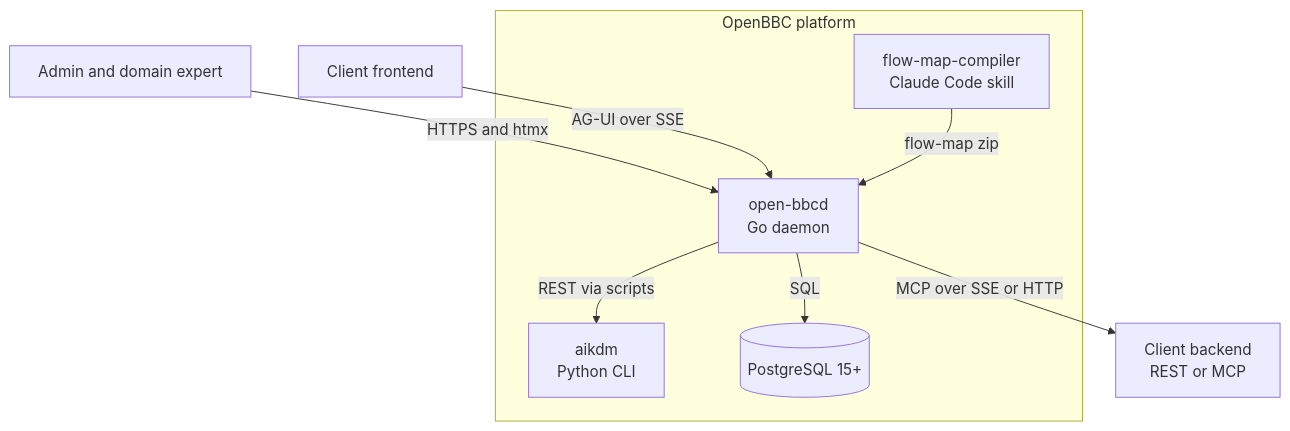
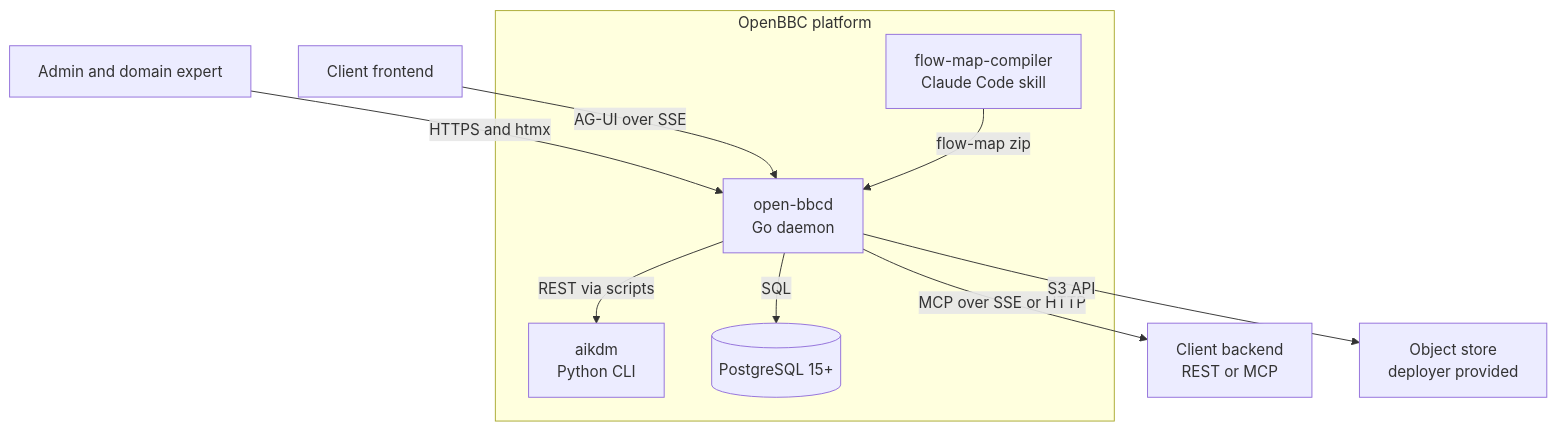
One commit to DACdigital/openbbc-docs changed the diagram in docs/architecture/current/README.md. Above: the diagram before and after it, drawn with Mermaid. The commit also changed other lines of this file and 18 other files, not shown here.

````diff
--- a/docs/architecture/current/README.md
+++ b/docs/architecture/current/README.md
@@ -5,20 +5,22 @@
 ```mermaid
 flowchart TB
     Client[Client frontend]
     Admin[Admin and domain expert]
     Backend[Client backend<br/>REST or MCP]
+    ObjStore[Object store<br/>deployer provided]
 
     subgraph OURS[OpenBBC platform]
         FMC[flow-map-compiler<br/>Claude Code skill]
         OBBCD[open-bbcd<br/>Go daemon]
         AIKDM[aikdm<br/>Python CLI]
         DB[(PostgreSQL 15+)]
     end
 
     Admin -- HTTPS and htmx --> OBBCD
     Client -- AG-UI over SSE --> OBBCD
     OBBCD -- MCP over SSE or HTTP --> Backend
     OBBCD -- SQL --> DB
     OBBCD -- REST via scripts --> AIKDM
+    OBBCD -- S3 API --> ObjStore
     FMC -- flow-map zip --> OBBCD
 ```
````
